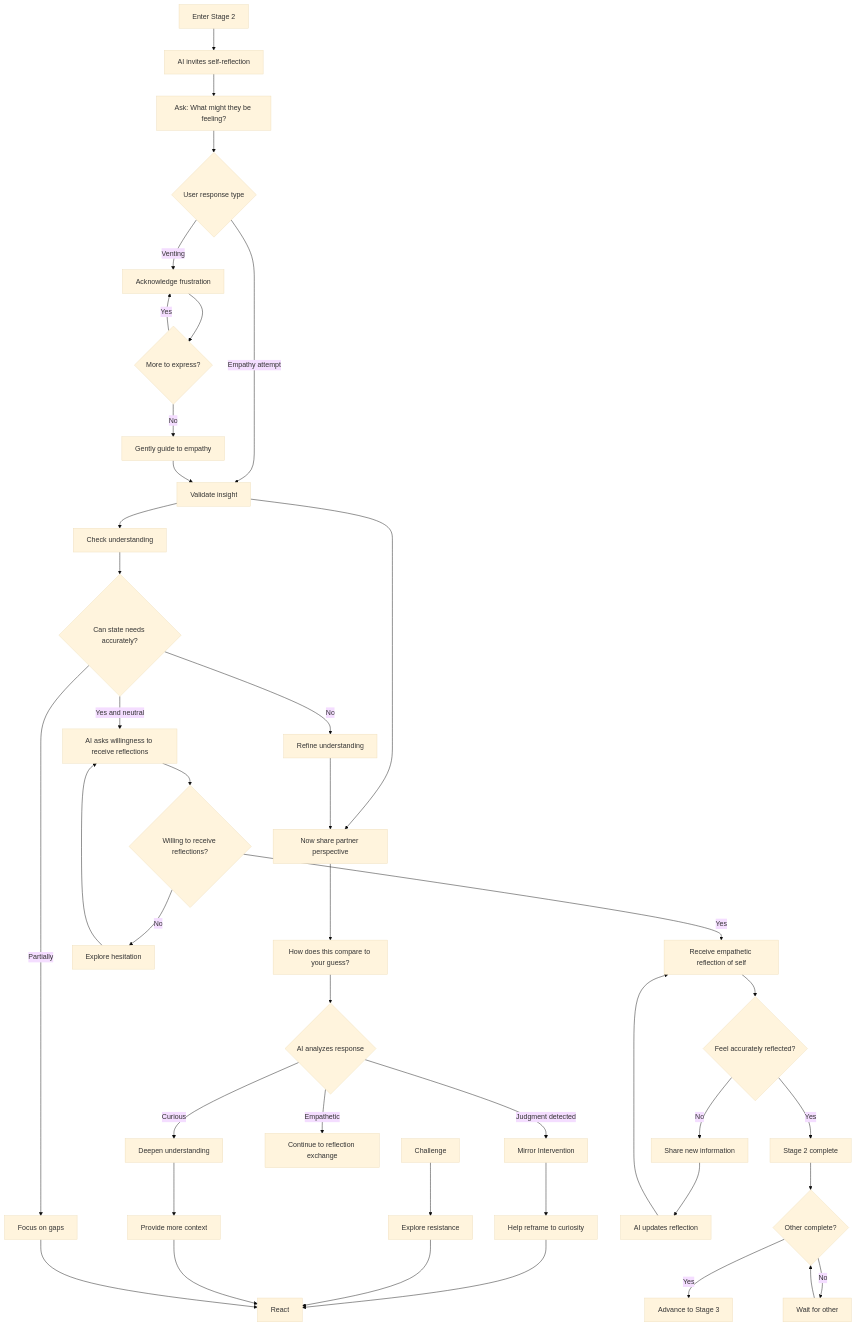
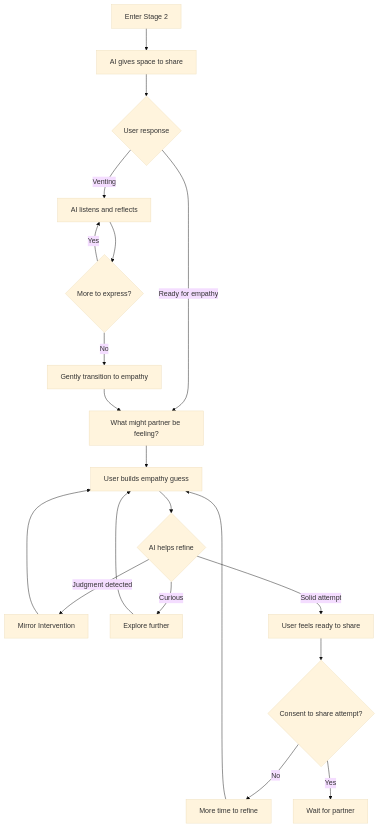
The first of 6 diagrams in docs/mvp-planning/plans/stages/stage-2-perspective-stretch.md (shantamg/meet-without-fear), drawn with Mermaid (base theme) before and after one commit. The commit also changed other lines of this file and 2 other files, not shown here.

First line of the commit message:
Redesign Stage 2/4 flows and demos for open-ended interaction

````diff
--- a/docs/mvp-planning/plans/stages/stage-2-perspective-stretch.md
+++ b/docs/mvp-planning/plans/stages/stage-2-perspective-stretch.md
@@ -30,54 +45,26 @@
 ```mermaid
 flowchart TD
-    Enter[Enter Stage 2] --> Invite[AI invites self-reflection]
-    Invite --> Imagine[Ask: What might they be feeling?]
+    Enter[Enter Stage 2] --> Space[AI gives space to share]
+    Space --> Response{User response}
 
-    Imagine --> Response{User response type}
-    Response -->|Venting| Acknowledge[Acknowledge frustration]
-    Acknowledge --> MoreVent{More to express?}
-    MoreVent -->|Yes| Acknowledge
-    MoreVent -->|No| EmpathyPrompt[Gently guide to empathy]
+    Response -->|Venting| Listen[AI listens and reflects]
+    Listen --> MoreVent{More to express?}
+    MoreVent -->|Yes| Listen
+    MoreVent -->|No| Transition[Gently transition to empathy]
 
-    Response -->|Empathy attempt| Validate[Validate insight]
-    EmpathyPrompt --> Validate
+    Response -->|Ready for empathy| Imagine[What might partner be feeling?]
+    Transition --> Imagine
 
-    Validate --> Present[Now share partner perspective]
-    Present --> Compare[How does this compare to your guess?]
+    Imagine --> Attempt[User builds empathy guess]
+    Attempt --> Refine{AI helps refine}
+    Refine -->|Judgment detected| Mirror[Mirror Intervention]
+    Mirror --> Attempt
+    Refine -->|Curious| Deepen[Explore further]
+    Deepen --> Attempt
+    Refine -->|Solid attempt| Ready[User feels ready to share]
 
-    Compare --> Analysis{AI analyzes response}
-    Analysis -->|Judgment detected| Mirror[Mirror Intervention]
-    Analysis -->|Curious| Deepen[Deepen understanding]
-    Analysis -->|Empathetic| Proceed[Continue to reflection exchange]
-
-    Mirror --> Reframe[Help reframe to curiosity]
-    Reframe --> React
-    Challenge --> Explore[Explore resistance]
-    Explore --> React
-
-    Deepen --> MoreContext[Provide more context]
-    MoreContext --> React
-    Validate --> TestCheck[Check understanding]
-
-    TestCheck --> Accurate{Can state needs accurately?}
-    Accurate -->|No| Refine[Refine understanding]
-    Refine --> Present
-    Accurate -->|Partially| MoreWork[Focus on gaps]
-    MoreWork --> React
-    Accurate -->|Yes and neutral| WillingCheck[AI asks willingness to receive reflections]
-
-    WillingCheck --> Willing{Willing to receive reflections?}
-    Willing -->|No| Explore2[Explore hesitation]
-    Explore2 --> WillingCheck
-    Willing -->|Yes| ReceiveReflection[Receive empathetic reflection of self]
-
-    ReceiveReflection --> AccurateReflection{Feel accurately reflected?}
-    AccurateReflection -->|No| ShareMore[Share new information]
-    ShareMore --> UpdateReflection[AI updates reflection]
-    UpdateReflection --> ReceiveReflection
-    AccurateReflection -->|Yes| Complete[Stage 2 complete]
-
-    Complete --> WaitOther{Other complete?}
-    WaitOther -->|Yes| Advance[Advance to Stage 3]
-    WaitOther -->|No| Wait[Wait for other]
-    Wait --> WaitOther
+    Ready --> Consent1{Consent to share attempt?}
+    Consent1 -->|No| MoreTime[More time to refine]
+    MoreTime --> Attempt
+    Consent1 -->|Yes| WaitExchange[Wait for partner]
 ```
````
